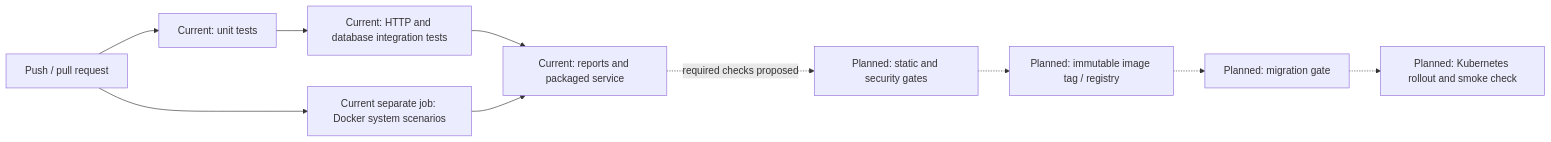
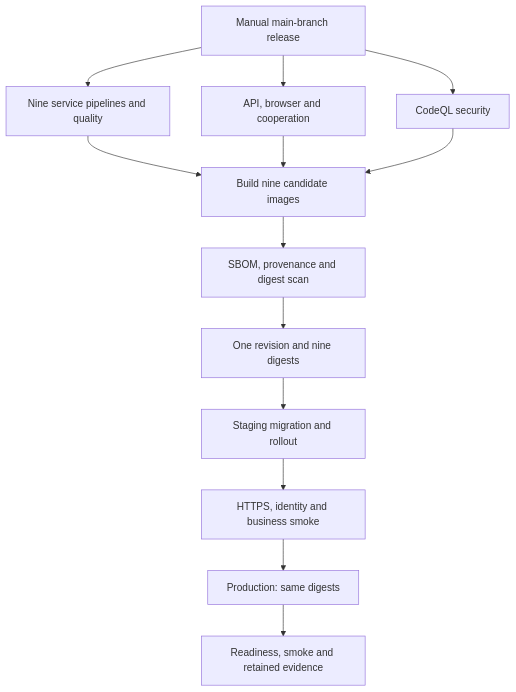
One commit to AhmadAlkaseb/aj changed the second of 3 diagrams in documentation/Report.md. Above: the diagram before and after it, drawn with Mermaid. The commit also changed other lines of this file and 120 other files, not shown here.

````diff
--- a/documentation/Report.md
+++ b/documentation/Report.md
@@ -364,12 +433,15 @@
 ```mermaid
-flowchart LR
-    Change[Push / pull request] --> Unit[Current: unit tests]
-    Unit --> Integration[Current: HTTP and database integration tests]
-    Change --> System[Current separate job: Docker system scenarios]
-    Integration --> Reports[Current: reports and packaged service]
-    System --> Reports
-    Reports -. required checks proposed .-> Static[Planned: static and security gates]
-    Static -.-> Registry[Planned: immutable image tag / registry]
-    Registry -.-> Migrate[Planned: migration gate]
-    Migrate -.-> Deploy[Planned: Kubernetes rollout and smoke check]
+flowchart TD
+    Release[Manual main-branch release] --> Checks[Nine service pipelines and quality]
+    Release --> System[API, browser and cooperation]
+    Release --> Security[CodeQL security]
+    Checks --> Build[Build nine candidate images]
+    System --> Build
+    Security --> Build
+    Build --> Scan[SBOM, provenance and digest scan]
+    Scan --> Manifest[One revision and nine digests]
+    Manifest --> Stage[Staging migration and rollout]
+    Stage --> Smoke[HTTPS, identity and business smoke]
+    Smoke --> Production[Production: same digests]
+    Production --> Evidence[Readiness, smoke and retained evidence]
 ```
````
